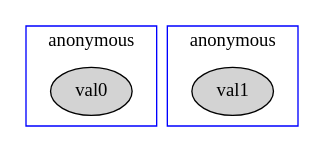
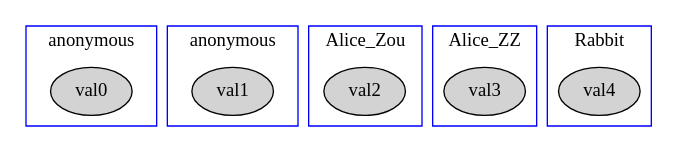
One commit to mikecafarella/KNP changed the diagram in vis.gv. Above: the diagram before and after it, drawn with Graphviz. The commit also changed 8 other files, not shown here.

Commit message:
fix ordinary dict, add graph in metadata page

```diff
--- a/vis.gv
+++ b/vis.gv
@@ -1,14 +1,32 @@
 digraph G {
 subgraph clusterusr_0_ {
 node [style=filled];
 color=blue;
 label=anonymous;
 val0;
 }
 subgraph clusterusr_1_ {
 node [style=filled];
 color=blue;
 label=anonymous;
 val1;
 }
+subgraph clusterusr_2_ {
+node [style=filled];
+color=blue;
+label=Alice_Zou;
+val2;
 }
+subgraph clusterusr_3_ {
+node [style=filled];
+color=blue;
+label=Alice_ZZ;
+val3;
+}
+subgraph clusterusr_4_ {
+node [style=filled];
+color=blue;
+label=Rabbit;
+val4;
+}
+}
```
